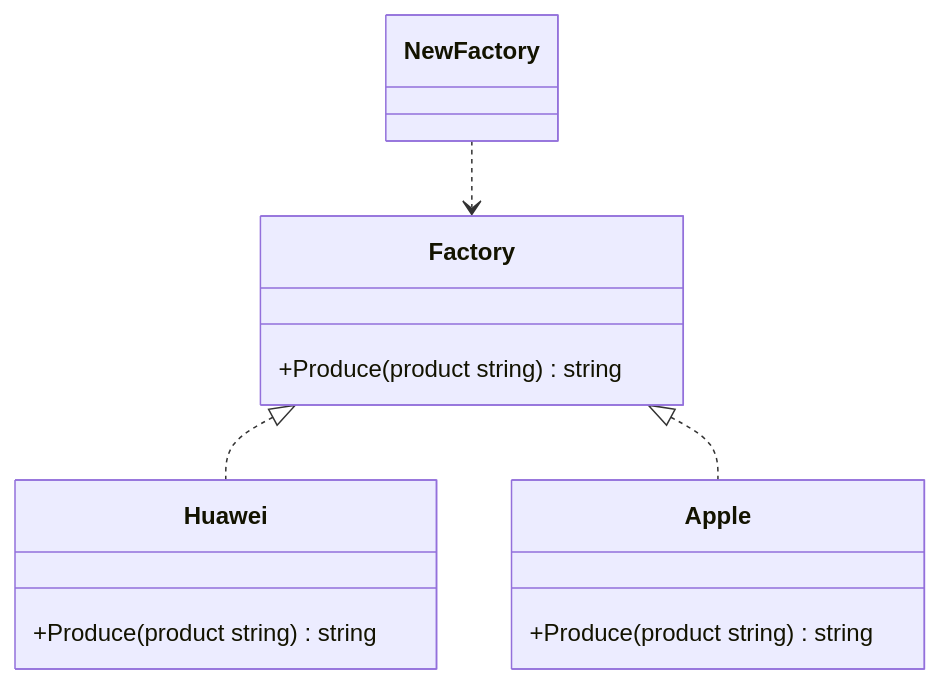
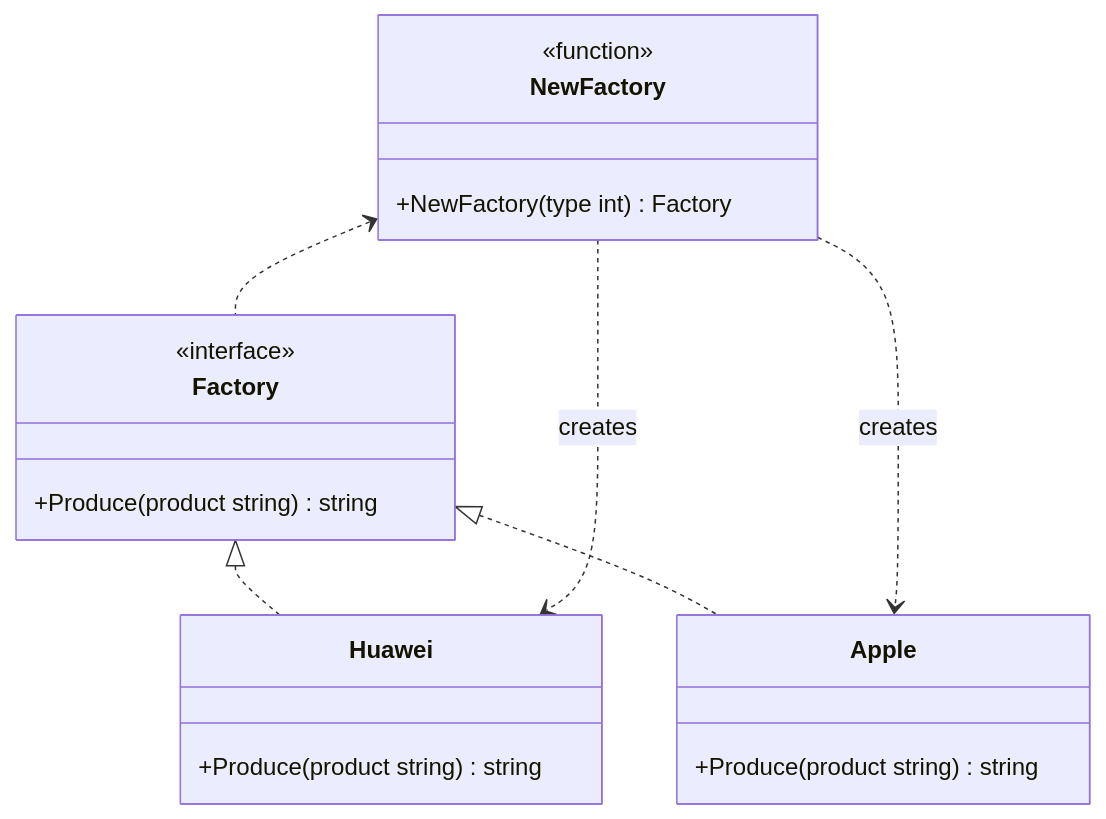
Before and after one commit to RichXan/xblog: the diagram in PersonalGrowth/CS/DesignPattern/00SimpleFactory.md, drawn with Mermaid. The commit also changed 1 other file, not shown here.

Commit message:
feat(docs): enhance Simple Factory and Abstract Factory documentation with detailed class diagrams and improved descriptions

````diff
--- a/PersonalGrowth/CS/DesignPattern/00SimpleFactory.md
+++ b/PersonalGrowth/CS/DesignPattern/00SimpleFactory.md
@@ -35,16 +35,30 @@
 ```mermaid
 classDiagram
-    Factory <|.. Huawei
-    Factory <|.. Apple
-    NewFactory ..> Factory
-
+    %% 接口定义
     class Factory {
+        <<interface>>
         +Produce(product string) string
     }
+
+    %% 具体实现
     class Huawei {
         +Produce(product string) string
     }
+
     class Apple {
         +Produce(product string) string
     }
+
+    %% 工厂函数
+    class NewFactory {
+        <<function>>
+        +NewFactory(type int) Factory
+    }
+
+    %% 关系
+    NewFactory <.. Factory
+    Factory <|.. Huawei
+    Factory <|.. Apple
+    NewFactory ..> Huawei : creates
+    NewFactory ..> Apple : creates
 ```
````
